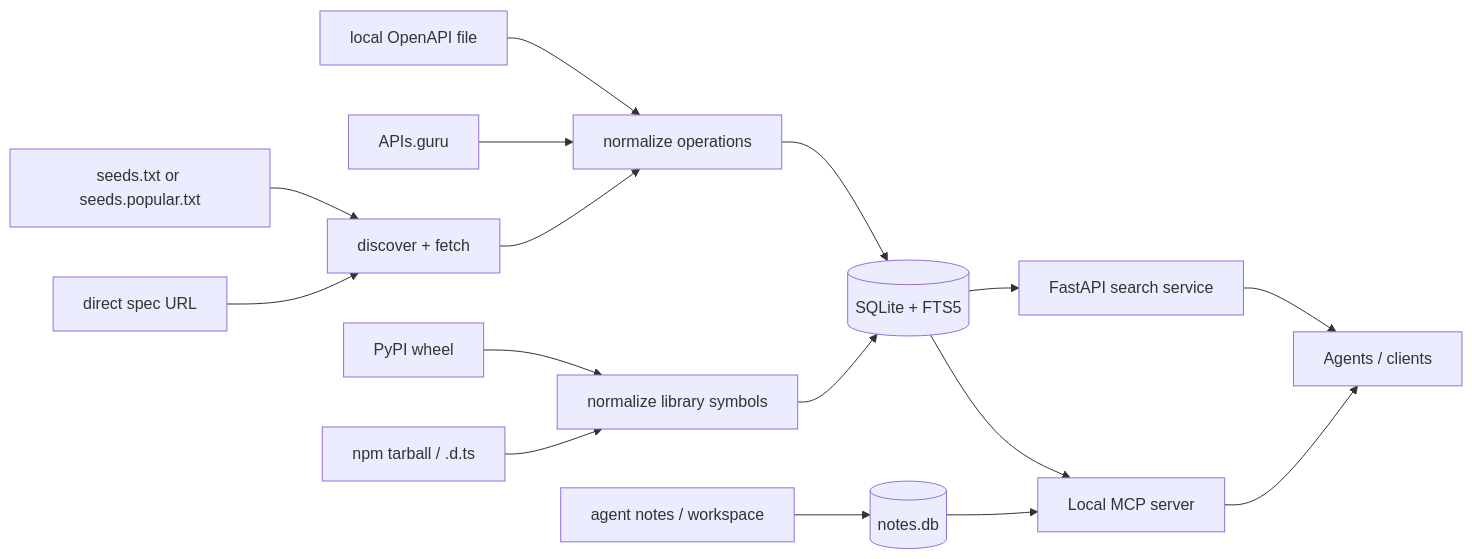
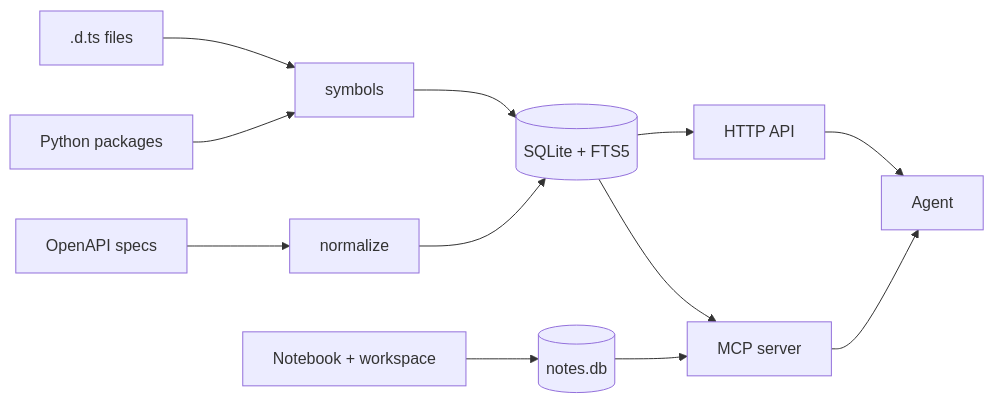
One commit to Joshwani/mneme changed the diagram in README.md. Above: the diagram before and after it, drawn with Mermaid. The commit also changed other lines of this file and 2 other files, not shown here.

````diff
--- a/README.md
+++ b/README.md
@@ -48,18 +45,14 @@
 ```mermaid
 flowchart LR
-  seeds[seeds.txt or seeds.popular.txt] --> crawler
-  url[direct spec URL] --> crawler
-  file[local OpenAPI file] --> normalize
-  guru[APIs.guru] --> normalize
-  pypi[PyPI wheel] --> symbols
-  npmtarball[npm tarball / .d.ts] --> symbols
-  crawler[discover + fetch] --> normalize
-  normalize[normalize operations] --> sqlite[(SQLite + FTS5)]
-  symbols[normalize library symbols] --> sqlite
-  notes[agent notes / workspace] --> notesdb[(notes.db)]
-  sqlite --> httpapi[FastAPI search service]
-  sqlite --> mcp[Local MCP server]
+  openapi[OpenAPI specs] --> normalize
+  pylib[Python packages] --> symbols
+  jslib[.d.ts files] --> symbols
+  normalize --> sqlite[(SQLite + FTS5)]
+  symbols --> sqlite
+  notes[Notebook + workspace] --> notesdb[(notes.db)]
+  sqlite --> mcp[MCP server]
+  sqlite --> httpapi[HTTP API]
   notesdb --> mcp
-  httpapi --> agent[Agents / clients]
-  mcp --> agent
+  mcp --> agent[Agent]
+  httpapi --> agent
 ```
````
